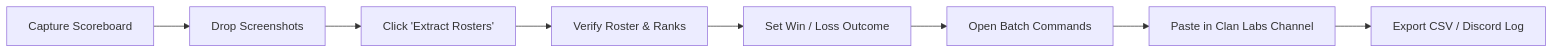
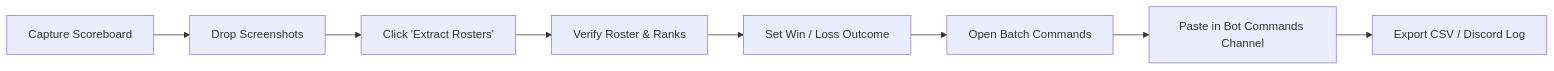
Before and after one commit to himkhadr-boop/roblox-event-extractor: the diagram in OPERATOR_GUIDE.md, drawn with Mermaid. The commit also changed other lines of this file and 7 other files, not shown here.

Commit message:
Transition from Clan Labs to Winslow custom bot /xp-add slash commands

````diff
--- a/OPERATOR_GUIDE.md
+++ b/OPERATOR_GUIDE.md
@@ -16,10 +16,10 @@
 ```mermaid
 flowchart LR
     A[Capture Scoreboard] --> B[Drop Screenshots]
     B --> C[Click 'Extract Rosters']
     C --> D[Verify Roster & Ranks]
     D --> E[Set Win / Loss Outcome]
     E --> F[Open Batch Commands]
-    F --> G[Paste in Clan Labs Channel]
+    F --> G[Paste in Bot Commands Channel]
     G --> H[Export CSV / Discord Log]
 ```
````
